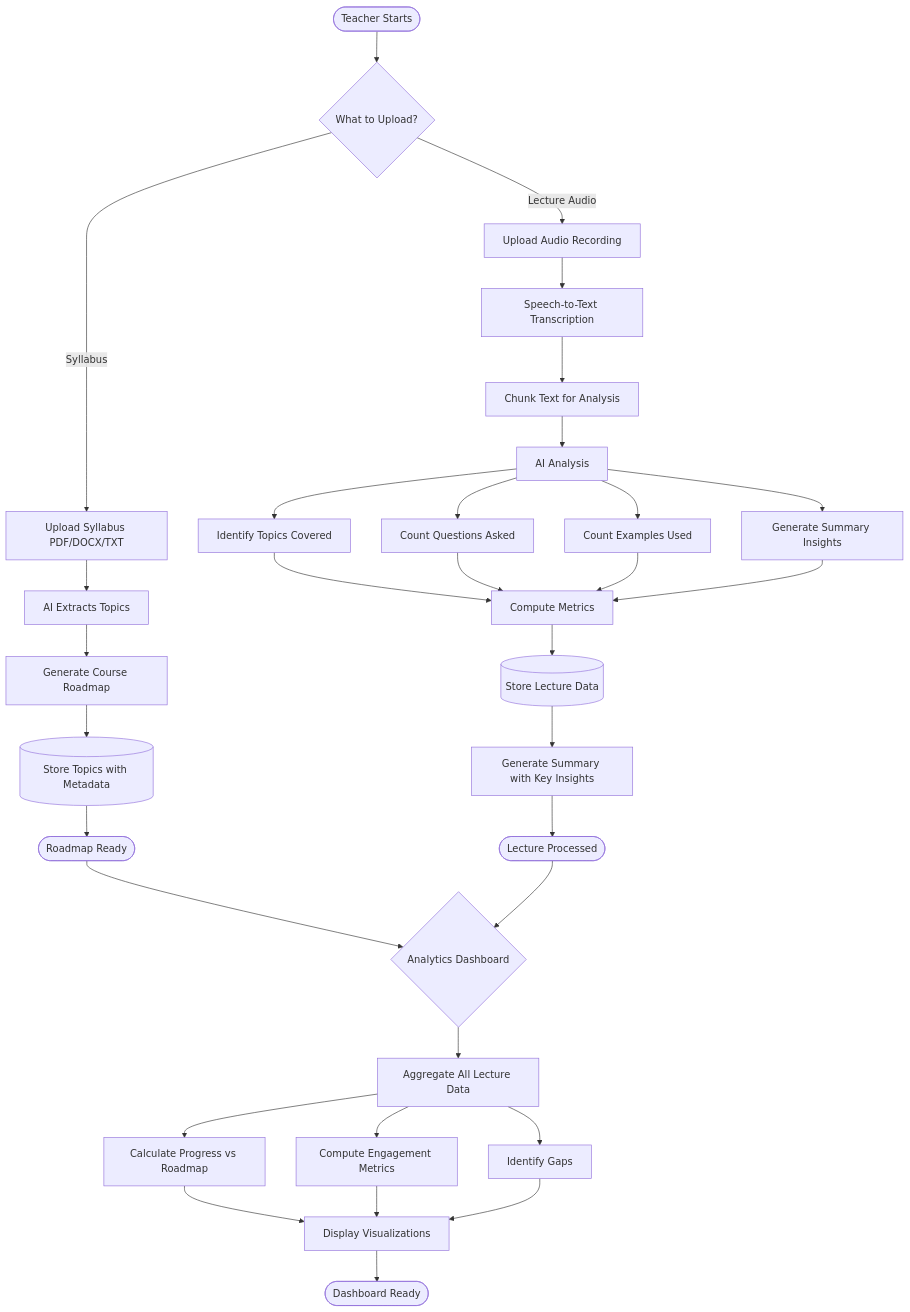
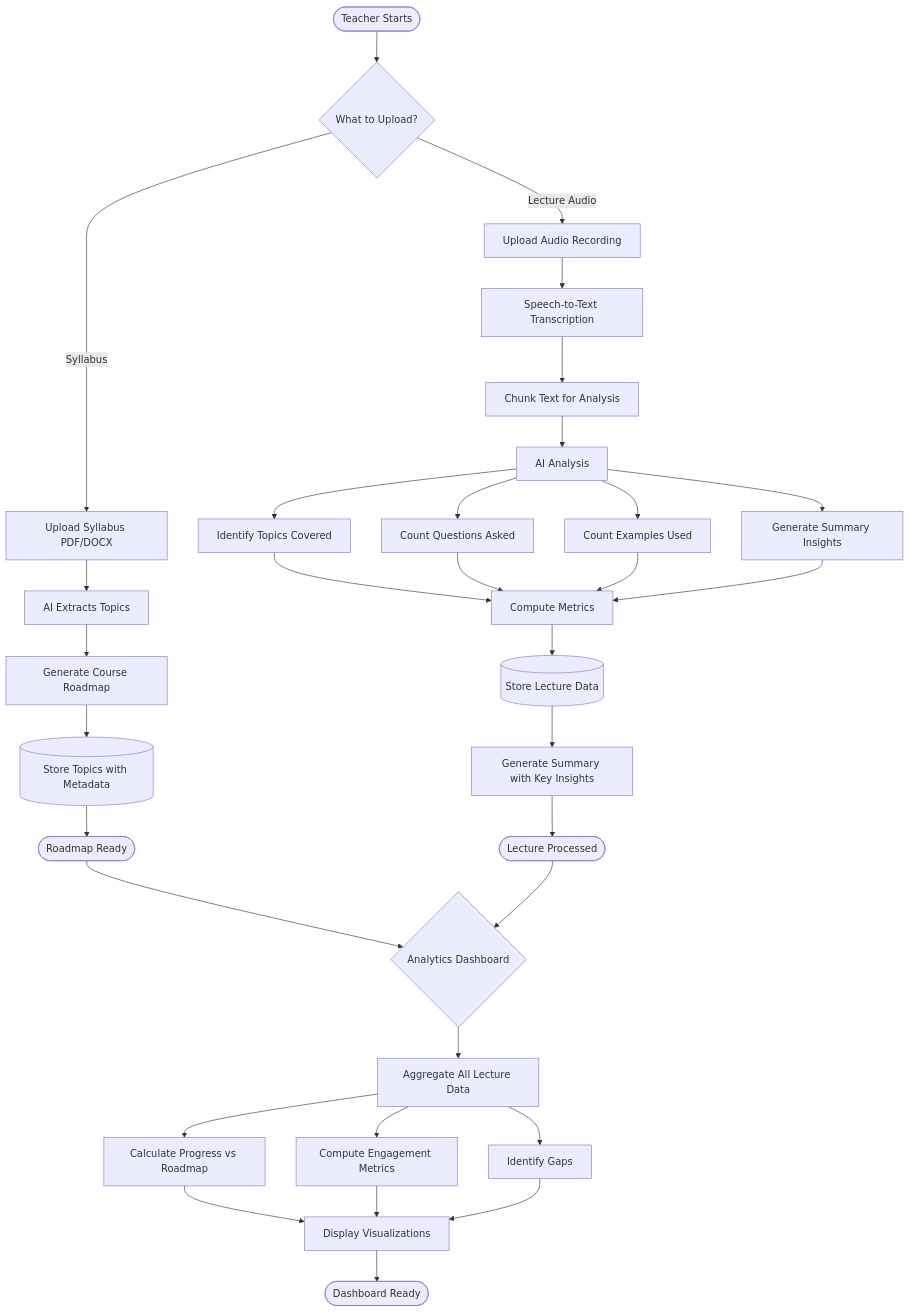
One commit to mihir0786/Teacher-Aid-Project- changed the diagram in README.md. Above: the diagram before and after it, drawn with Mermaid. The commit also changed other lines of this file, not shown here.

````diff
--- a/README.md
+++ b/README.md
@@ -70,37 +72,37 @@
 ```mermaid
 flowchart TD
     Start([Teacher Starts]) --> Choice{What to Upload?}
 
-    Choice -->|Syllabus| A[Upload Syllabus PDF/DOCX/TXT]
+    Choice -->|Syllabus| A[Upload Syllabus PDF/DOCX]
     A --> B[AI Extracts Topics]
     B --> C[Generate Course Roadmap]
     C --> D[(Store Topics with Metadata)]
     D --> End1([Roadmap Ready])
 
     Choice -->|Lecture Audio| E[Upload Audio Recording]
     E --> F[Speech-to-Text Transcription]
     F --> G[Chunk Text for Analysis]
     G --> H[AI Analysis]
     H --> I[Identify Topics Covered]
     H --> J[Count Questions Asked]
     H --> K[Count Examples Used]
     H --> L[Generate Summary Insights]
     I --> M[Compute Metrics]
     J --> M
     K --> M
     L --> M
     M --> N[(Store Lecture Data)]
     N --> O[Generate Summary with Key Insights]
     O --> End2([Lecture Processed])
 
     End1 --> P{Analytics Dashboard}
     End2 --> P
     P --> Q[Aggregate All Lecture Data]
     Q --> R[Calculate Progress vs Roadmap]
     Q --> S[Compute Engagement Metrics]
     Q --> T[Identify Gaps]
     R --> U[Display Visualizations]
     S --> U
     T --> U
     U --> V([Dashboard Ready])
 ```
````
